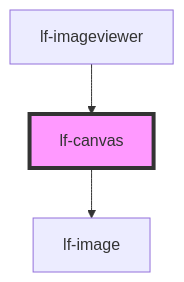
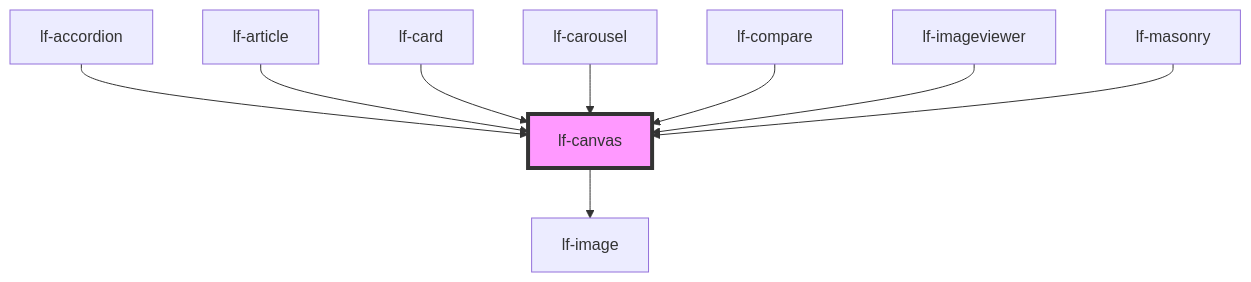
Before and after one commit to lucafoscili/lf-widgets: the diagram in packages/core/src/components/lf-canvas/readme.md, drawn with Mermaid. The commit also changed other lines of this file and 68 other files, not shown here.

````diff
--- a/packages/core/src/components/lf-canvas/readme.md
+++ b/packages/core/src/components/lf-canvas/readme.md
@@ -203,6 +209,12 @@
 ```mermaid
 graph TD;
   lf-canvas --> lf-image
+  lf-accordion --> lf-canvas
+  lf-article --> lf-canvas
+  lf-card --> lf-canvas
+  lf-carousel --> lf-canvas
+  lf-compare --> lf-canvas
   lf-imageviewer --> lf-canvas
+  lf-masonry --> lf-canvas
   style lf-canvas fill:#f9f,stroke:#333,stroke-width:4px
 ```
````
